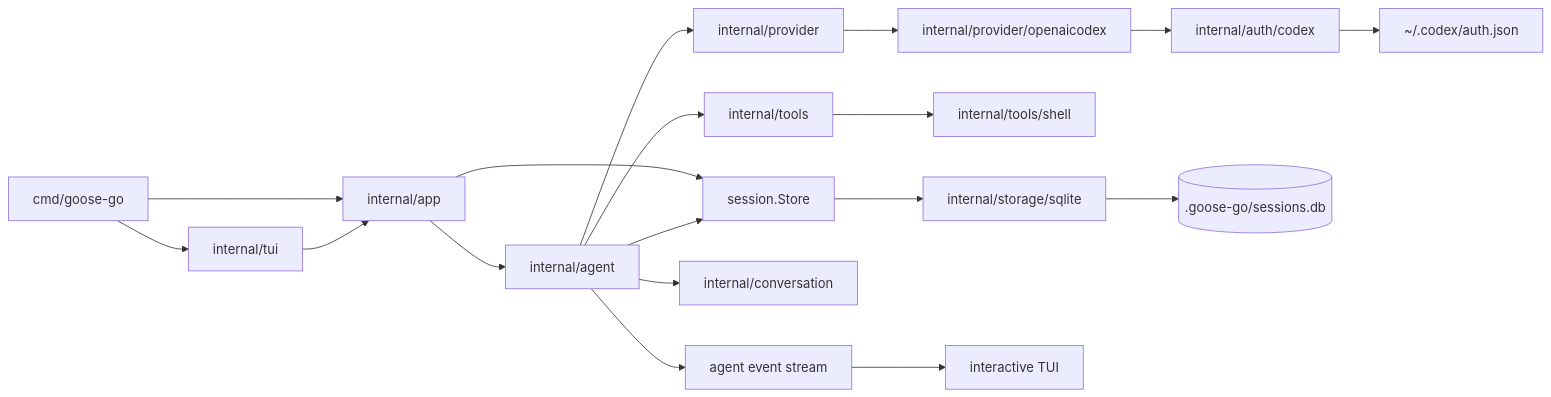
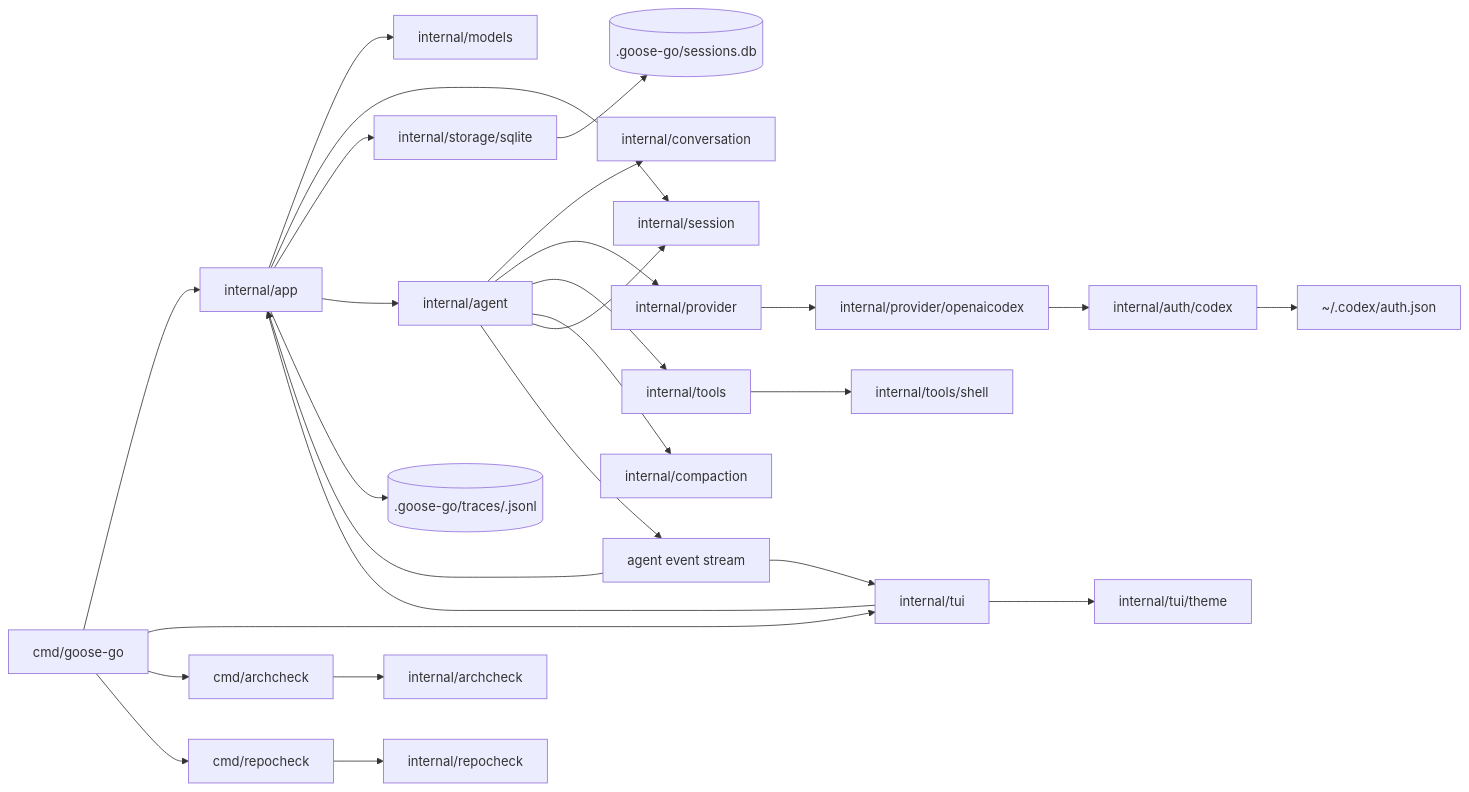
The first of 2 diagrams in docs/architecture.md (xren/goose-go), drawn with Mermaid before and after one commit. The commit also changed other lines of this file and 19 other files, not shown here.

````diff
--- a/docs/architecture.md
+++ b/docs/architecture.md
@@ -59,24 +76,34 @@
 ```mermaid
 flowchart LR
     A["cmd/goose-go"] --> B["internal/app"]
-    B --> C["internal/agent"]
-    B --> D["session.Store"]
     A --> T["internal/tui"]
+    A --> AC["cmd/archcheck"]
+    A --> RC["cmd/repocheck"]
     T --> B
 
-    C --> E["internal/provider"]
-    C --> F["internal/tools"]
-    C --> D
-    C --> G["internal/conversation"]
+    B --> M["internal/models"]
+    B --> S["internal/session"]
+    B --> ST["internal/storage/sqlite"]
+    B --> C["internal/agent"]
+    B --> TR[(".goose-go/traces/<session-id>.jsonl")]
 
-    E --> H["internal/provider/openaicodex"]
-    H --> I["internal/auth/codex"]
-    I --> J["~/.codex/auth.json"]
+    C --> CV["internal/conversation"]
+    C --> P["internal/provider"]
+    C --> TO["internal/tools"]
+    C --> CP["internal/compaction"]
+    C --> S
 
-    F --> K["internal/tools/shell"]
-    D --> L["internal/storage/sqlite"]
-    L --> M[(".goose-go/sessions.db")]
+    P --> OPC["internal/provider/openaicodex"]
+    OPC --> AU["internal/auth/codex"]
+    AU --> AF["~/.codex/auth.json"]
 
-    C --> N["agent event stream"]
-    N --> O["interactive TUI"]
+    TO --> SH["internal/tools/shell"]
+    ST --> DB[(".goose-go/sessions.db")]
+
+    C --> EV["agent event stream"]
+    EV --> B
+    EV --> T
+    T --> TH["internal/tui/theme"]
+    AC --> ACH["internal/archcheck"]
+    RC --> RCH["internal/repocheck"]
 ```
````
